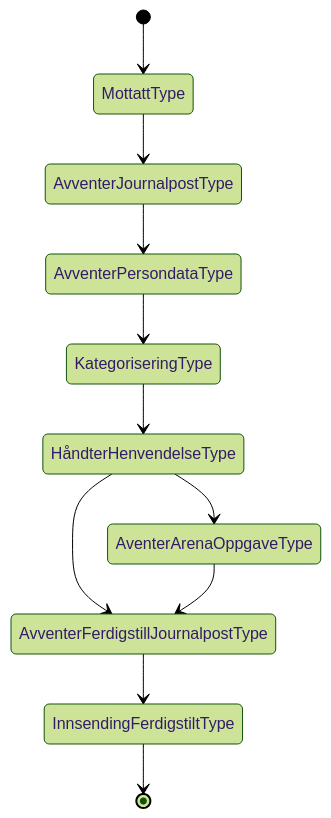
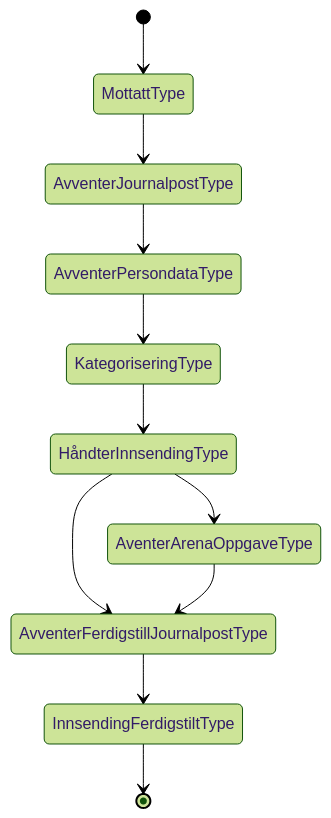
The diagram in docs/arkitektur/tilstander/NAV 04-06.05.approved.md (navikt/dp-mottak), drawn with Mermaid (forest theme) before and after one commit. The commit also changed 24 other files, not shown here.

````diff
--- a/docs/arkitektur/tilstander/NAV 04-06.05.approved.md
+++ b/docs/arkitektur/tilstander/NAV 04-06.05.approved.md
@@ -3,13 +3,13 @@
 ```mermaid
    stateDiagram
    [*]-->MottattType
    	MottattType --> AvventerJournalpostType
 	AvventerJournalpostType --> AvventerPersondataType
 	AvventerPersondataType --> KategoriseringType
-    KategoriseringType --> HåndterHenvendelseType
-    HåndterHenvendelseType --> AventerArenaOppgaveType
-    HåndterHenvendelseType --> AvventerFerdigstillJournalpostType
+    KategoriseringType --> HåndterInnsendingType
+    HåndterInnsendingType --> AventerArenaOppgaveType
+    HåndterInnsendingType --> AvventerFerdigstillJournalpostType
 	AventerArenaOppgaveType --> AvventerFerdigstillJournalpostType
 	AvventerFerdigstillJournalpostType --> InnsendingFerdigstiltType
    InnsendingFerdigstiltType--> [*]    
 ```
````
